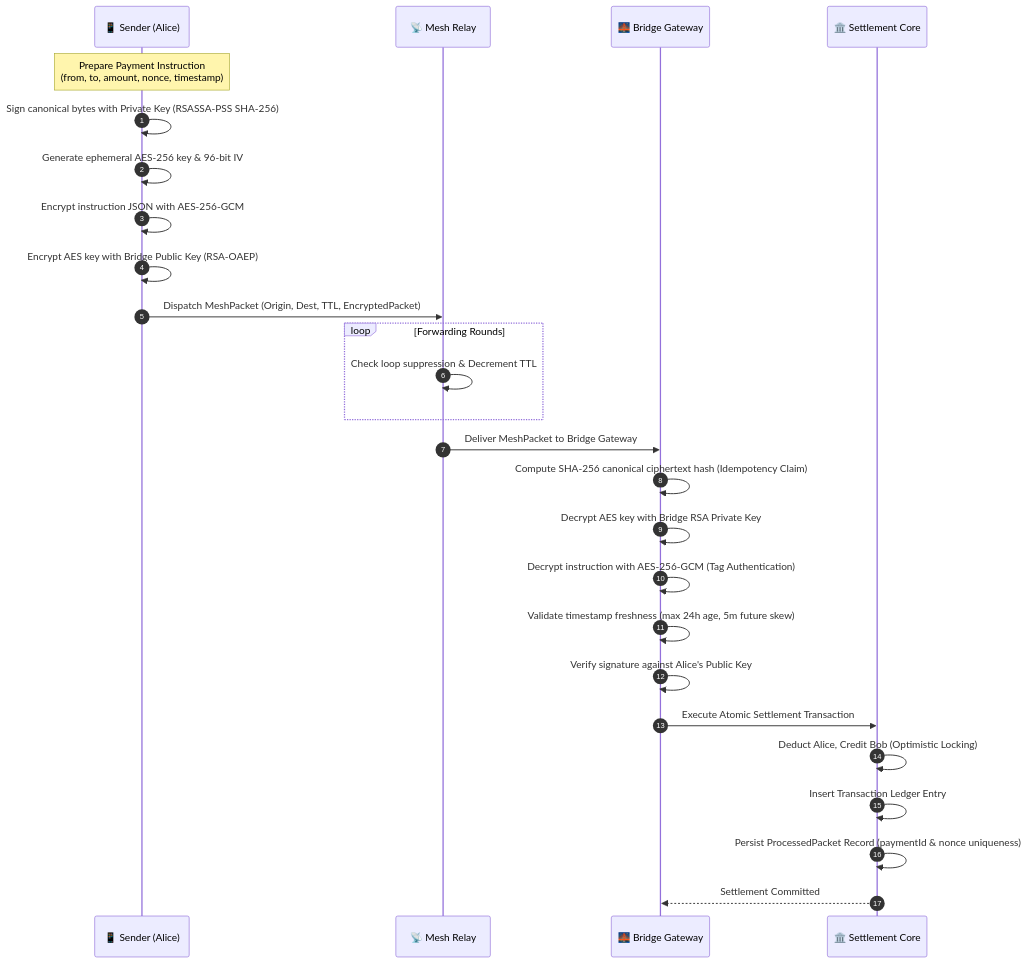
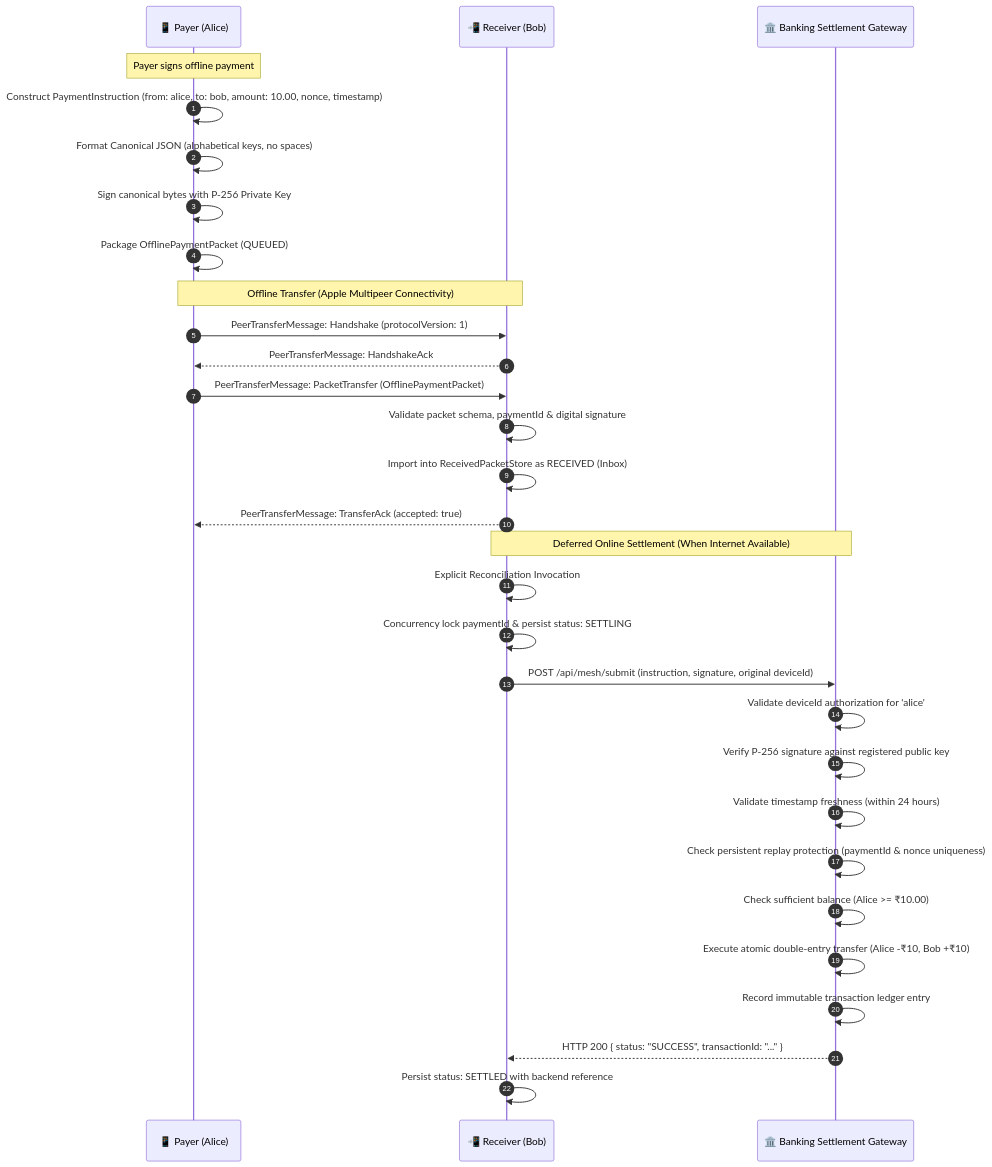
One commit to Jarjis-Alam/upimesh changed the second of 2 diagrams in README.md. Above: the diagram before and after it, drawn with Mermaid. The commit also changed other lines of this file and 378 other files, not shown here.

First line of the commit message:
feat: complete Stages 5 through 6.4B.2 — P2P Multipeer transport, device signing, lifecycle states, and reconciliation service

````diff
--- a/README.md
+++ b/README.md
@@ -118,32 +147,35 @@
 ```mermaid
 sequenceDiagram
     autonumber
-    participant Alice as 📱 Sender (Alice)
-    participant Mesh as 📡 Mesh Relay
-    participant Bridge as 🌉 Bridge Gateway
-    participant Bank as 🏛️ Settlement Core
+    participant Alice as 📱 Payer (Alice)
+    participant Bob as 📲 Receiver (Bob)
+    participant Bank as 🏛️ Banking Settlement Gateway
 
-    Note over Alice: Prepare Payment Instruction<br/>(from, to, amount, nonce, timestamp)
-    Alice->>Alice: Sign canonical bytes with Private Key (RSASSA-PSS SHA-256)
-    Alice->>Alice: Generate ephemeral AES-256 key & 96-bit IV
-    Alice->>Alice: Encrypt instruction JSON with AES-256-GCM
-    Alice->>Alice: Encrypt AES key with Bridge Public Key (RSA-OAEP)
-    Alice->>Mesh: Dispatch MeshPacket (Origin, Dest, TTL, EncryptedPacket)
-    
-    loop Forwarding Rounds
-        Mesh->>Mesh: Check loop suppression & Decrement TTL
-    end
-    Mesh->>Bridge: Deliver MeshPacket to Bridge Gateway
+    Note over Alice: Payer signs offline payment
+    Alice->>Alice: Construct PaymentInstruction (from: alice, to: bob, amount: 10.00, nonce, timestamp)
+    Alice->>Alice: Format Canonical JSON (alphabetical keys, no spaces)
+    Alice->>Alice: Sign canonical bytes with P-256 Private Key
+    Alice->>Alice: Package OfflinePaymentPacket (QUEUED)
 
-    Bridge->>Bridge: Compute SHA-256 canonical ciphertext hash (Idempotency Claim)
-    Bridge->>Bridge: Decrypt AES key with Bridge RSA Private Key
-    Bridge->>Bridge: Decrypt instruction with AES-256-GCM (Tag Authentication)
-    Bridge->>Bridge: Validate timestamp freshness (max 24h age, 5m future skew)
-    Bridge->>Bridge: Verify signature against Alice's Public Key
-    
-    Bridge->>Bank: Execute Atomic Settlement Transaction
-    Bank->>Bank: Deduct Alice, Credit Bob (Optimistic Locking)
-    Bank->>Bank: Insert Transaction Ledger Entry
-    Bank->>Bank: Persist ProcessedPacket Record (paymentId & nonce uniqueness)
-    Bank-->>Bridge: Settlement Committed
+    Note over Alice,Bob: Offline Transfer (Apple Multipeer Connectivity)
+    Alice->>Bob: PeerTransferMessage: Handshake (protocolVersion: 1)
+    Bob-->>Alice: PeerTransferMessage: HandshakeAck
+    Alice->>Bob: PeerTransferMessage: PacketTransfer (OfflinePaymentPacket)
+    Bob->>Bob: Validate packet schema, paymentId & digital signature
+    Bob->>Bob: Import into ReceivedPacketStore as RECEIVED (Inbox)
+    Bob-->>Alice: PeerTransferMessage: TransferAck (accepted: true)
+
+    Note over Bob,Bank: Deferred Online Settlement (When Internet Available)
+    Bob->>Bob: Explicit Reconciliation Invocation
+    Bob->>Bob: Concurrency lock paymentId & persist status: SETTLING
+    Bob->>Bank: POST /api/mesh/submit (instruction, signature, original deviceId)
+    Bank->>Bank: Validate deviceId authorization for 'alice'
+    Bank->>Bank: Verify P-256 signature against registered public key
+    Bank->>Bank: Validate timestamp freshness (within 24 hours)
+    Bank->>Bank: Check persistent replay protection (paymentId & nonce uniqueness)
+    Bank->>Bank: Check sufficient balance (Alice >= ₹10.00)
+    Bank->>Bank: Execute atomic double-entry transfer (Alice -₹10, Bob +₹10)
+    Bank->>Bank: Record immutable transaction ledger entry
+    Bank-->>Bob: HTTP 200 { status: "SUCCESS", transactionId: "..." }
+    Bob->>Bob: Persist status: SETTLED with backend reference
 ```
````
